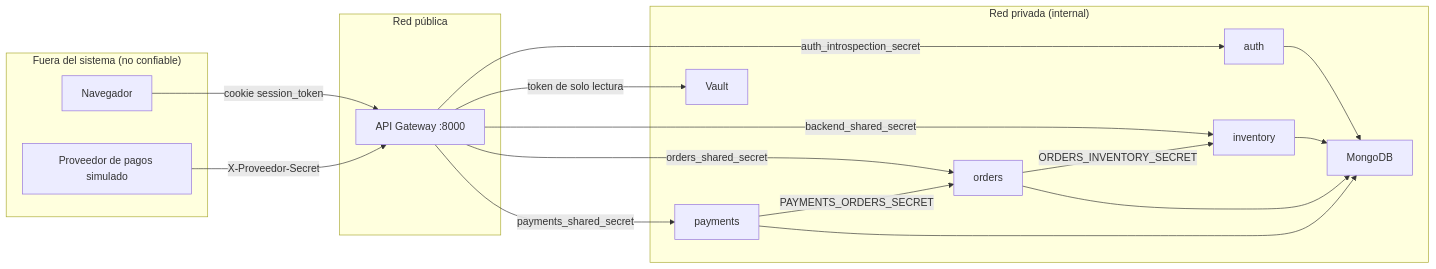
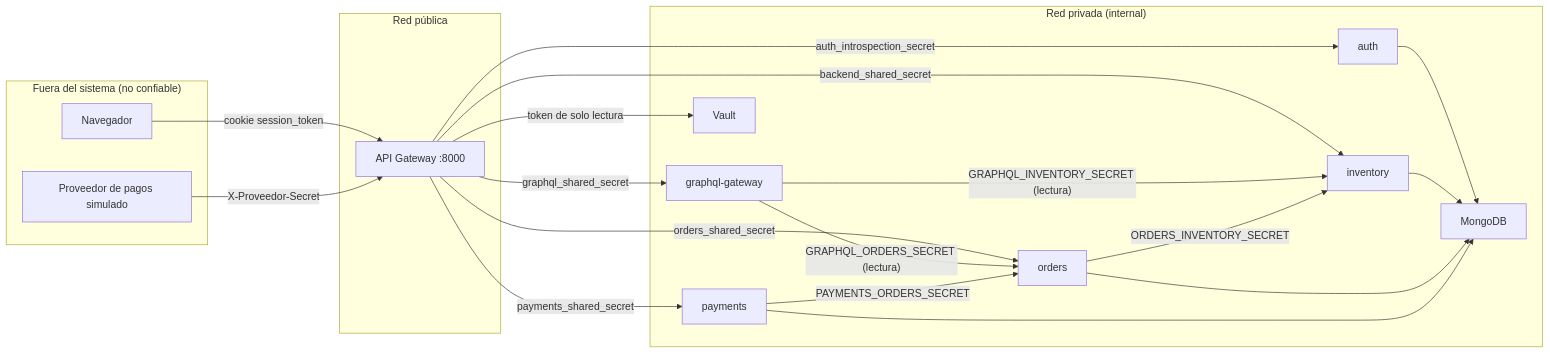
The first of 3 diagrams in docs/m5-gateway.md (florenciapachecopardo-star/desarollo-web-unab), drawn with Mermaid before and after one commit. The commit also changed other lines of this file and 1 other file, not shown here.

Commit message:
Actualiza M5 con GraphQL Gateway, front estático y fronteras de confianza

````diff
--- a/docs/m5-gateway.md
+++ b/docs/m5-gateway.md
@@ -45,31 +48,35 @@
 ```mermaid
 flowchart LR
     subgraph EXT["Fuera del sistema (no confiable)"]
         NAV["Navegador"]
         PROV["Proveedor de pagos simulado"]
     end
     subgraph PUB["Red pública"]
         GW["API Gateway :8000"]
     end
     subgraph PRIV["Red privada (internal)"]
         AUTH["auth"]
         INV["inventory"]
         ORD["orders"]
         PAY["payments"]
+        GQL["graphql-gateway"]
         VAULT["Vault"]
         MONGO["MongoDB"]
     end
     NAV -- "cookie session_token" --> GW
     PROV -- "X-Proveedor-Secret" --> GW
     GW -- "auth_introspection_secret" --> AUTH
     GW -- "backend_shared_secret" --> INV
     GW -- "orders_shared_secret" --> ORD
     GW -- "payments_shared_secret" --> PAY
+    GW -- "graphql_shared_secret" --> GQL
+    GQL -- "GRAPHQL_ORDERS_SECRET (lectura)" --> ORD
+    GQL -- "GRAPHQL_INVENTORY_SECRET (lectura)" --> INV
     GW -- "token de solo lectura" --> VAULT
     ORD -- "ORDERS_INVENTORY_SECRET" --> INV
     PAY -- "PAYMENTS_ORDERS_SECRET" --> ORD
     AUTH --> MONGO
     INV --> MONGO
     ORD --> MONGO
     PAY --> MONGO
 ```
````
